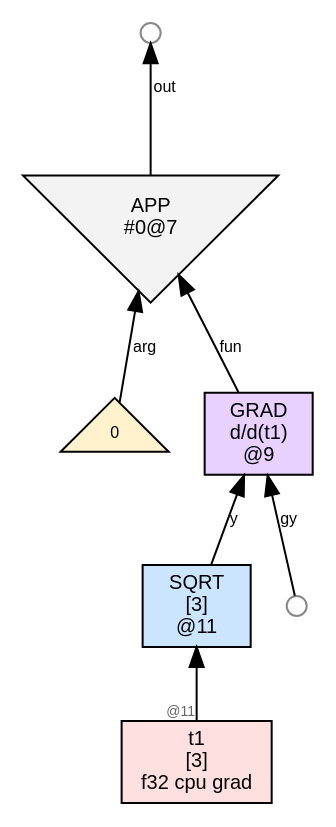
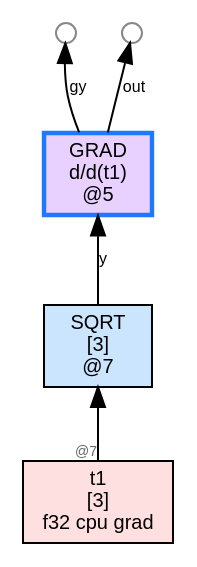
Before and after one commit to sw1sh/TinyHVM: the diagram in wl/examples/thvm_graphs/grad_rules/sqrt/thvm_0_pre_reduce.dot, drawn with Graphviz. The commit also changed 261 other files, not shown here.

First line of the commit message:
grad: flip gy arrow outward; drop APP wrap; insert explicit GC sweep phase

```diff
--- a/wl/examples/thvm_graphs/grad_rules/sqrt/thvm_0_pre_reduce.dot
+++ b/wl/examples/thvm_graphs/grad_rules/sqrt/thvm_0_pre_reduce.dot
@@ -1,19 +1,15 @@
 digraph G {
   rankdir=BT;
   node [fontname="Helvetica", fontsize=10, style=filled, shape=box, margin="0.1,0.05"];
   edge [fontsize=8, fontname="Helvetica"];
 
-  n9 [label="GRAD\nd/d(t1)\n@9", shape=box, fillcolor="#e8d0ff"];
-  n11 -> n9 [label="y"];
-  free9_1 [label="",shape=circle,width=0.14,height=0.14,fixedsize=true,fillcolor="#ffffff",color="#888888",fontsize=1];
-  free9_1 -> n9 [label="gy"];
-  n11 [label="SQRT\n[3]\n@11", shape=box, fillcolor="#cce5ff"];
+  n7 [label="SQRT\n[3]\n@7", shape=box, fillcolor="#cce5ff"];
   t1 [label="t1\n[3]\nf32 cpu grad",shape=box,fillcolor="#ffe0e0"];
-  t1 -> n11 [label="",taillabel="@11",labelfontsize=7,fontcolor="#666666"];
-  n7 [label="APP\n#0@7", shape=invtriangle, fillcolor="#f3f3f3"];
-  n9 -> n7 [label="fun"];
-  num_app7_1 [label="0",shape=triangle,fillcolor="#fff2cc",fontsize=8];
-  num_app7_1 -> n7 [label="arg"];
-  free7_1000 [label="",shape=circle,width=0.14,height=0.14,fixedsize=true,fillcolor="#ffffff",color="#888888",fontsize=1];
-  n7 -> free7_1000 [label="out"];
+  t1 -> n7 [label="",taillabel="@7",labelfontsize=7,fontcolor="#666666"];
+  n5 [label="GRAD\nd/d(t1)\n@5", shape=box, fillcolor="#e8d0ff",color="#1f78ff",penwidth=2.2];
+  n7 -> n5 [label="y"];
+  free5_1 [label="",shape=circle,width=0.14,height=0.14,fixedsize=true,fillcolor="#ffffff",color="#888888",fontsize=1];
+  n5 -> free5_1 [label="gy"];
+  free5_1000 [label="",shape=circle,width=0.14,height=0.14,fixedsize=true,fillcolor="#ffffff",color="#888888",fontsize=1];
+  n5 -> free5_1000 [label="out"];
 }
```
